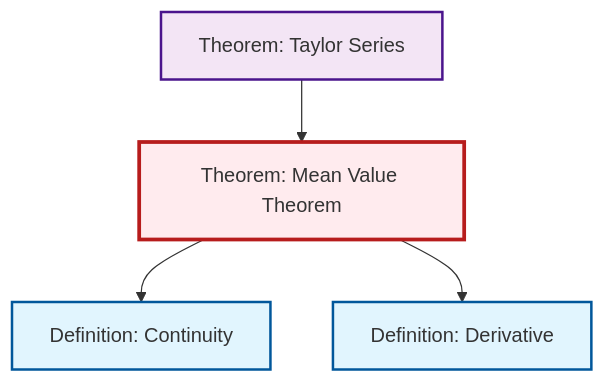
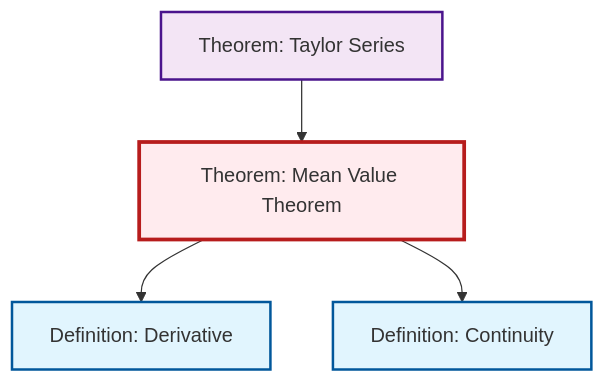
The diagram in content/ja/analysis/thm-mean-value.qmd (RK0429/ModernMath), drawn with Mermaid before and after one commit. The commit also changed other lines of this file and 581 other files, not shown here.

````diff
--- a/content/ja/analysis/thm-mean-value.qmd
+++ b/content/ja/analysis/thm-mean-value.qmd
@@ -80,20 +80,20 @@
 ```{mermaid}
 %%| fig-cap: "Local dependency graph"
 graph TD
     classDef definition fill:#e1f5fe,stroke:#01579b,stroke-width:2px
     classDef theorem fill:#f3e5f5,stroke:#4a148c,stroke-width:2px
     classDef axiom fill:#fff3e0,stroke:#e65100,stroke-width:2px
     classDef example fill:#e8f5e9,stroke:#1b5e20,stroke-width:2px
     classDef current fill:#ffebee,stroke:#b71c1c,stroke-width:3px
-    def-continuity["Definition: Continuity"]:::definition
     def-derivative["Definition: Derivative"]:::definition
     thm-mean-value["Theorem: Mean Value Theorem"]:::theorem
     thm-taylor-series["Theorem: Taylor Series"]:::theorem
+    def-continuity["Definition: Continuity"]:::definition
+    thm-mean-value --> def-derivative
     thm-mean-value --> def-continuity
     thm-taylor-series --> thm-mean-value
-    thm-mean-value --> def-derivative
     class thm-mean-value current
-    click def-continuity "def-continuity.html" "Definition: Continuityへ"
     click def-derivative "def-derivative.html" "Definition: Derivativeへ"
     click thm-taylor-series "thm-taylor-series.html" "Theorem: Taylor Seriesへ"
+    click def-continuity "def-continuity.html" "Definition: Continuityへ"
 ```
````
